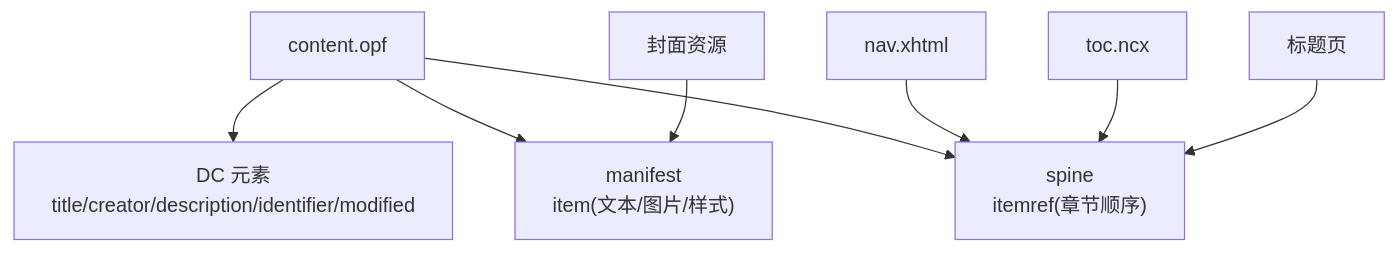
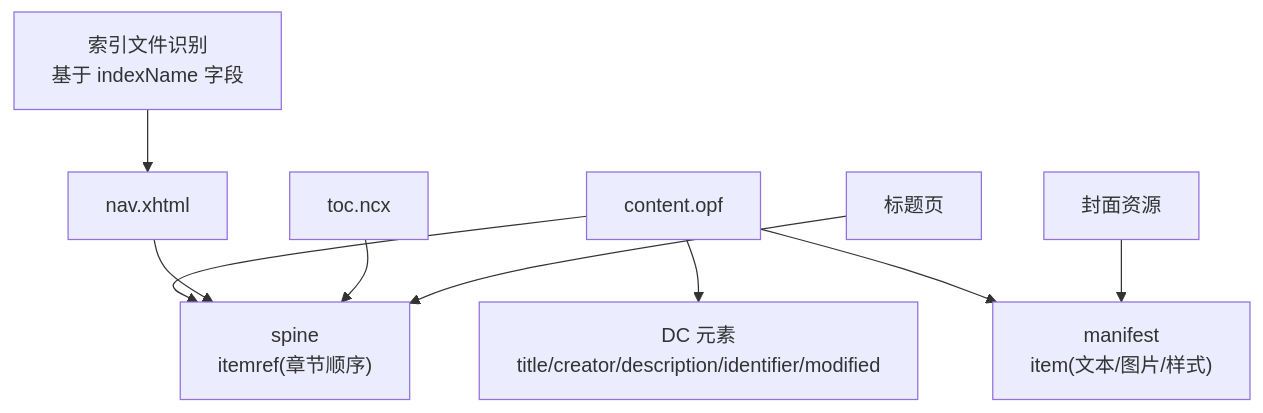
One commit to someok/vscode-folder2epub changed the seventh of 10 diagrams in .qoder/repowiki/zh/content/技术架构详解/EPUB 构建系统/元数据管理系统.md. Above: the diagram before and after it, drawn with Mermaid. The commit also changed other lines of this file and 4 other files, not shown here.

````diff
--- a/.qoder/repowiki/zh/content/技术架构详解/EPUB 构建系统/元数据管理系统.md
+++ b/.qoder/repowiki/zh/content/技术架构详解/EPUB 构建系统/元数据管理系统.md
@@ -309,10 +343,11 @@
 ```mermaid
 graph TB
 OPF["content.opf"] --> DC["DC 元素<br/>title/creator/description/identifier/modified"]
 OPF --> MANIFEST["manifest<br/>item(文本/图片/样式)"]
 OPF --> SPINE["spine<br/>itemref(章节顺序)"]
 NAV["nav.xhtml"] --> SPINE
 NCX["toc.ncx"] --> SPINE
 TITLE["标题页"] --> SPINE
 COVER["封面资源"] --> MANIFEST
+INDEX["索引文件识别<br/>基于 indexName 字段"] --> NAV
 ```
````
